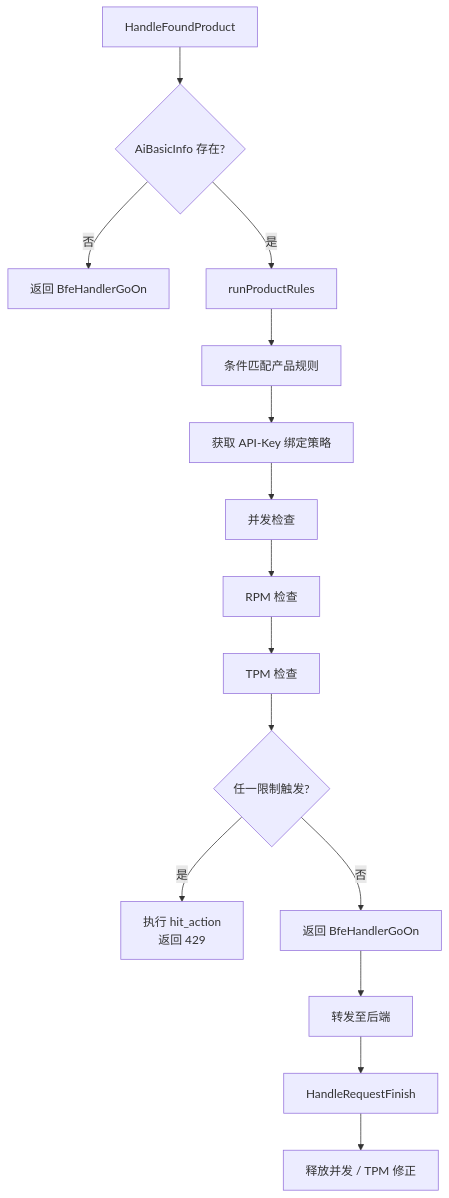
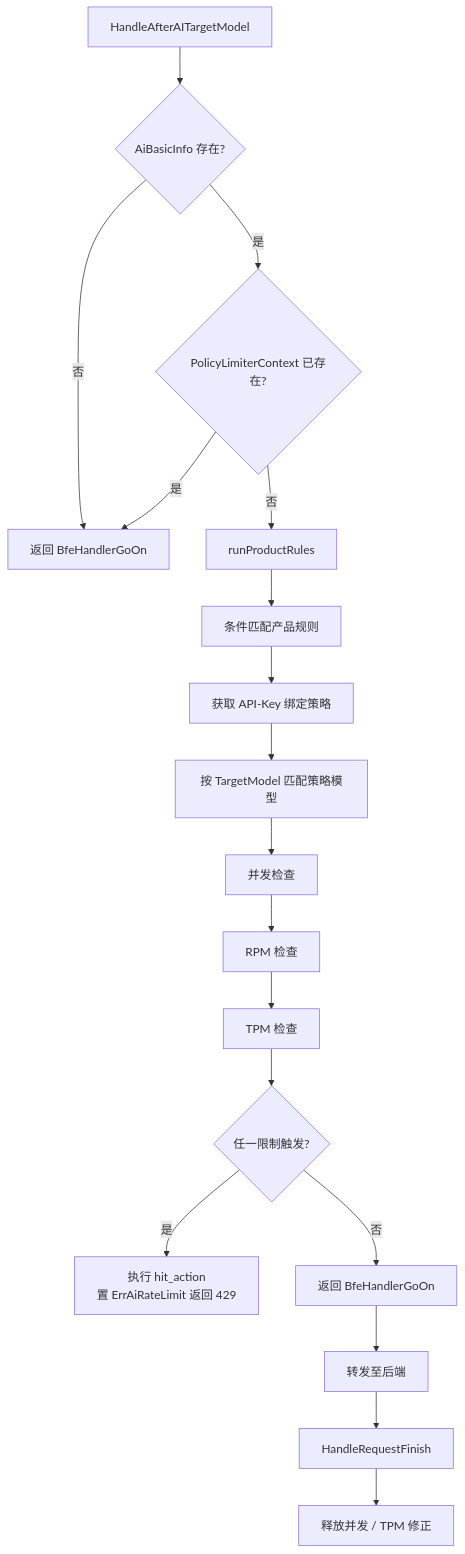
The first of 2 diagrams in implementation/chapter33-mod-ai-rate-limit.md (mileszhang2016/rainway-book), drawn with Mermaid before and after one commit. The commit also changed other lines of this file and 55 other files, not shown here.

Commit message:
docs: 全书内容对齐壬远AI网关 v0.7.0（API/Web v0.0.10、BFE v1.8.8、EPP v0.0.2、conf-agent v0.0.7、log-reader v1.4.0、observability v0.0.1）（中英双语）

````diff
--- a/implementation/chapter33-mod-ai-rate-limit.md
+++ b/implementation/chapter33-mod-ai-rate-limit.md
@@ -30,17 +32,20 @@
 ```mermaid
 flowchart TD
-    A[HandleFoundProduct] --> B{AiBasicInfo 存在?}
+    A[HandleAfterAITargetModel] --> B{AiBasicInfo 存在?}
     B -->|否| C[返回 BfeHandlerGoOn]
-    B -->|是| D[runProductRules]
-    D --> E[条件匹配产品规则]
-    E --> F[获取 API-Key 绑定策略]
-    F --> G[并发检查]
-    G --> H[RPM 检查]
-    H --> I[TPM 检查]
-    I --> J{任一限制触发?}
-    J -->|是| K[执行 hit_action<br/>返回 429]
-    J -->|否| L[返回 BfeHandlerGoOn]
-    L --> M[转发至后端]
-    M --> N[HandleRequestFinish]
-    N --> O[释放并发 / TPM 修正]
+    B -->|是| D{PolicyLimiterContext 已存在?}
+    D -->|是| C
+    D -->|否| E[runProductRules]
+    E --> F[条件匹配产品规则]
+    F --> G[获取 API-Key 绑定策略]
+    G --> H[按 TargetModel 匹配策略模型]
+    H --> I[并发检查]
+    I --> J[RPM 检查]
+    J --> K[TPM 检查]
+    K --> L{任一限制触发?}
+    L -->|是| M[执行 hit_action<br/>置 ErrAiRateLimit 返回 429]
+    L -->|否| N[返回 BfeHandlerGoOn]
+    N --> O[转发至后端]
+    O --> P[HandleRequestFinish]
+    P --> Q[释放并发 / TPM 修正]
 ```
````
